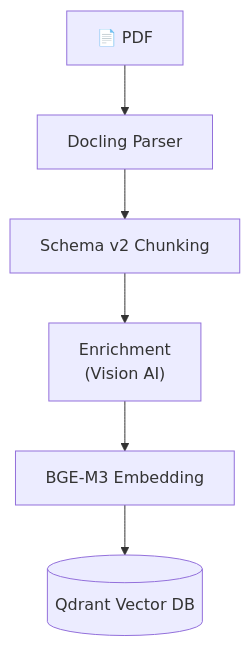
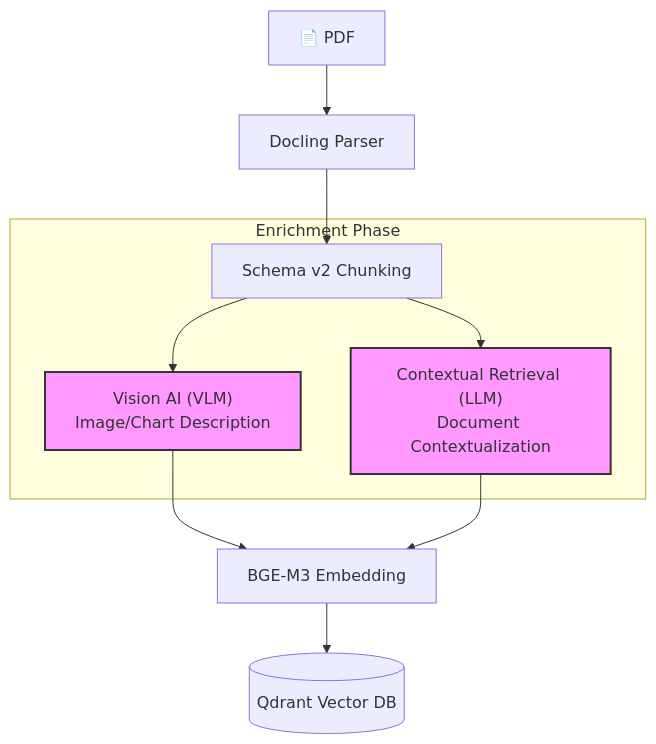
One commit to sindika-co-id/rag changed the first of 4 diagrams in 02-ingestion-pipeline.md. Above: the diagram before and after it, drawn with Mermaid. The commit also changed other lines of this file, not shown here.

````diff
--- a/02-ingestion-pipeline.md
+++ b/02-ingestion-pipeline.md
@@ -5,8 +5,16 @@
 ```mermaid
 flowchart TD
     A["📄 PDF"] --> B["Docling Parser"]
     B --> C["Schema v2 Chunking"]
-    C --> D["Enrichment\n(Vision AI)"]
-    D --> E["BGE-M3 Embedding"]
+    
+    subgraph LLM_Enrichment [Enrichment Phase]
+        C --> D1["Vision AI (VLM)\nImage/Chart Description"]
+        C --> D2["Contextual Retrieval (LLM)\nDocument Contextualization"]
+    end
+    
+    D1 & D2 --> E["BGE-M3 Embedding"]
     E --> F[("Qdrant Vector DB")]
+
+    classDef llm fill:#f9f,stroke:#333,stroke-width:2px;
+    class D1,D2 llm;
 ```
````
